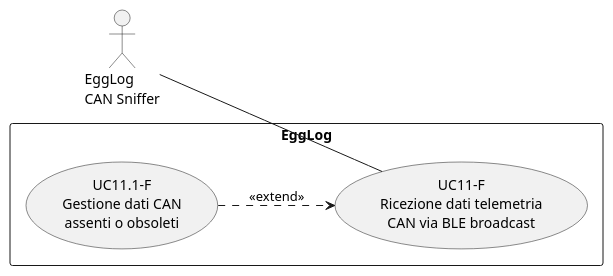
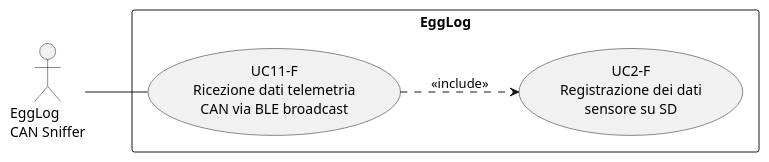
One commit to zakka00/Tesi_EggLog changed diagram 13 of 34 in thesis/files/img/puml/usecase.puml. Above: the diagram before and after it, drawn with PlantUML. The commit also changed 3 other files, not shown here.

Commit message:
Diagramma UC11-F corretto

```diff
--- a/thesis/files/img/puml/usecase.puml
+++ b/thesis/files/img/puml/usecase.puml
@@ -205,14 +205,14 @@
 @startuml UC11
 left to right direction
 skinparam packageStyle rectangle
 
 actor "EggLog\nCAN Sniffer" as Sniffer
 
 rectangle EggLog {
     usecase "UC11-F\nRicezione dati telemetria\nCAN via BLE broadcast" as UC11
-    usecase "UC11.1-F\nGestione dati CAN\nassenti o obsoleti" as UC111
+    usecase "UC2-F\nRegistrazione dei dati\nsensore su SD" as UC2
 }
 
 Sniffer -- UC11
-UC111 ..> UC11 : <<extend>>
+UC11 ..> UC2 : <<include>>
 @enduml
```
